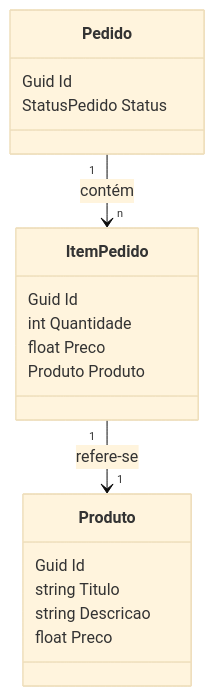
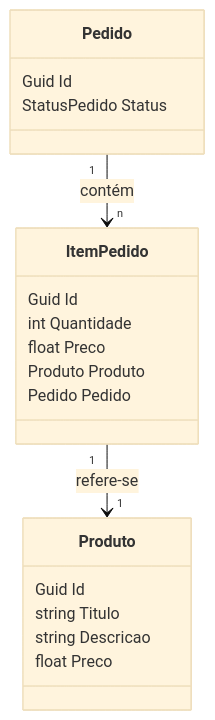
The diagram in README.md (wesleybertipaglia/demo-dotnet-pedidos), drawn with Mermaid (base theme) before and after one commit. The commit also changed 2 other files, not shown here.

Commit message:
fix: update ItemPedido
Added Pedido to ItemPedido and update README, ItemPedido, PedidoRepository

````diff
--- a/README.md
+++ b/README.md
@@ -54,24 +54,25 @@
 ```mermaid
 classDiagram
     class Produto {
         Guid Id
         string Titulo
         string Descricao
         float Preco
     }
 
     class Pedido {
         Guid Id
         StatusPedido Status
     }
 
     class ItemPedido {
         Guid Id        
         int Quantidade
         float Preco
         Produto Produto
+        Pedido Pedido
     }
 
     Pedido "1" --> "n" ItemPedido : contém
     ItemPedido "1" --> "1" Produto : refere-se
 ```
````
